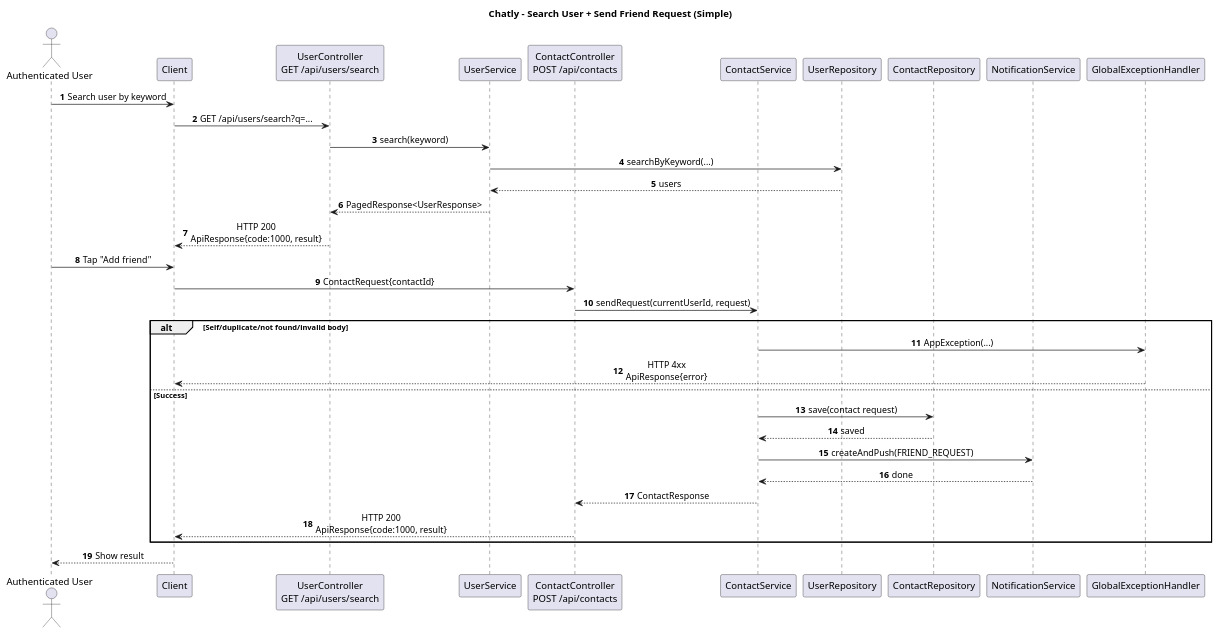
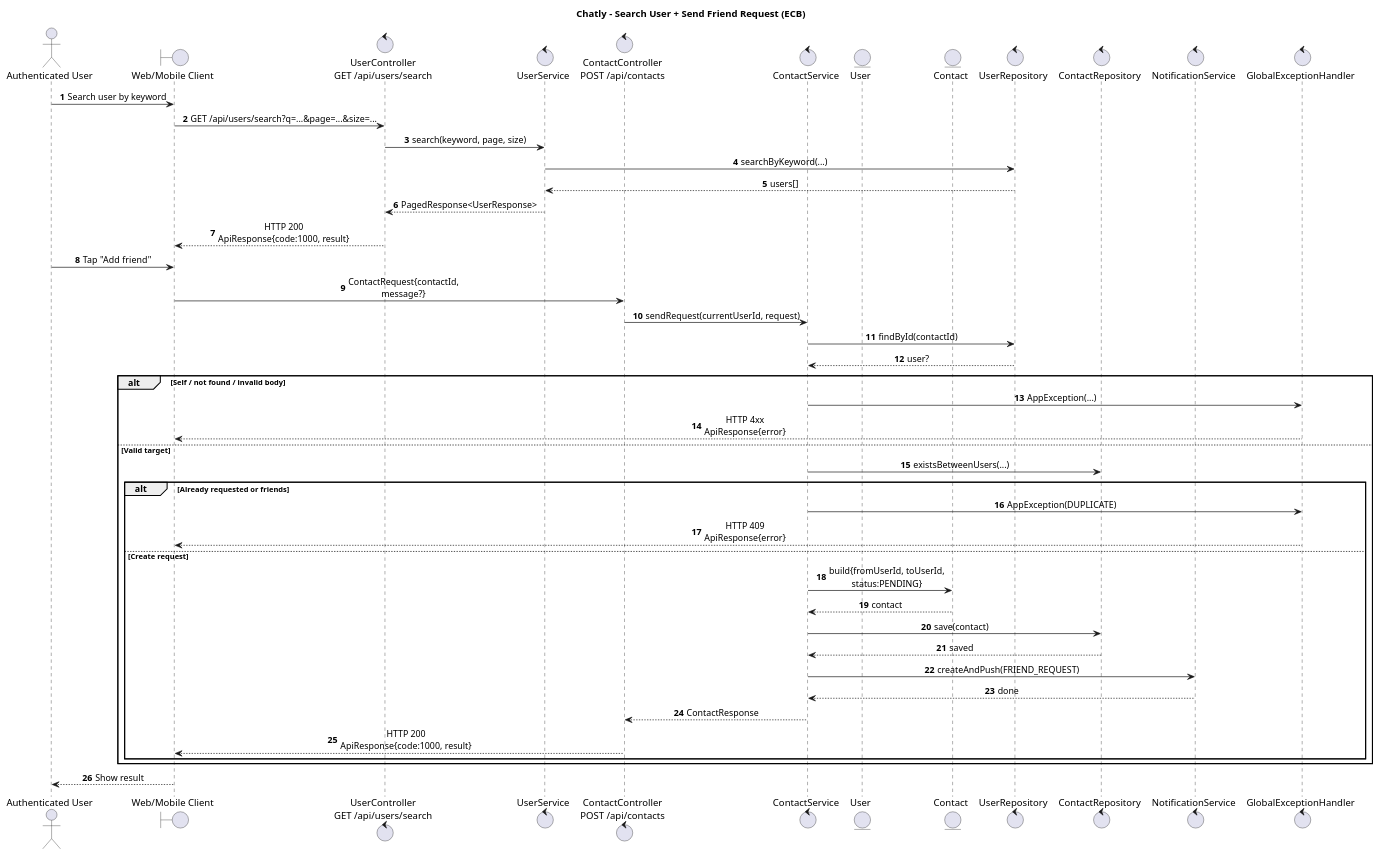
The diagram in _resources/diagram/Chatly_Sequence_Search_And_Send_Friend_Request.puml (giasinguyen/chatly-messaging-platform), drawn with PlantUML before and after one commit. The commit also changed 13 other files, not shown here.

First line of the commit message:
Refactor sequence diagrams and update story privacy handling

```diff
--- a/_resources/diagram/Chatly_Sequence_Search_And_Send_Friend_Request.puml
+++ b/_resources/diagram/Chatly_Sequence_Search_And_Send_Friend_Request.puml
@@ -1,45 +1,58 @@
 @startuml Chatly_Sequence_Search_And_Send_Friend_Request
-title Chatly - Search User + Send Friend Request (Simple)
+title Chatly - Search User + Send Friend Request (ECB)
 
 autonumber
 skinparam sequenceMessageAlign center
 skinparam responseMessageBelowArrow true
 
-actor "Authenticated User" as U
-participant "Client" as Client
-participant "UserController\nGET /api/users/search" as UserController
-participant "UserService" as UserService
-participant "ContactController\nPOST /api/contacts" as ContactController
-participant "ContactService" as ContactService
-participant "UserRepository" as UserRepo
-participant "ContactRepository" as ContactRepo
-participant "NotificationService" as NotificationService
-participant "GlobalExceptionHandler" as ExceptionHandler
+actor "Authenticated User" as User
+boundary "Web/Mobile Client" as Client
+control "UserController\nGET /api/users/search" as UserController
+control "UserService" as UserService
+control "ContactController\nPOST /api/contacts" as ContactController
+control "ContactService" as ContactService
+entity "User" as UserEntity
+entity "Contact" as ContactEntity
+control "UserRepository" as UserRepo
+control "ContactRepository" as ContactRepo
+control "NotificationService" as NotificationService
+control "GlobalExceptionHandler" as ExceptionHandler
 
-U -> Client: Search user by keyword
-Client -> UserController: GET /api/users/search?q=...
-UserController -> UserService: search(keyword)
+User -> Client: Search user by keyword
+Client -> UserController: GET /api/users/search?q=...&page=...&size=...
+UserController -> UserService: search(keyword, page, size)
 UserService -> UserRepo: searchByKeyword(...)
-UserRepo --> UserService: users
+UserRepo --> UserService: users[]
 UserService --> UserController: PagedResponse<UserResponse>
 UserController --> Client: HTTP 200\nApiResponse{code:1000, result}
 
-U -> Client: Tap "Add friend"
-Client -> ContactController: ContactRequest{contactId}
+User -> Client: Tap "Add friend"
+Client -> ContactController: ContactRequest{contactId,\nmessage?}
 ContactController -> ContactService: sendRequest(currentUserId, request)
 
-alt Self/duplicate/not found/invalid body
+ContactService -> UserRepo: findById(contactId)
+UserRepo --> ContactService: user?
+
+alt Self / not found / invalid body
   ContactService -> ExceptionHandler: AppException(...)
   ExceptionHandler --> Client: HTTP 4xx\nApiResponse{error}
-else Success
-  ContactService -> ContactRepo: save(contact request)
-  ContactRepo --> ContactService: saved
-  ContactService -> NotificationService: createAndPush(FRIEND_REQUEST)
-  NotificationService --> ContactService: done
-  ContactService --> ContactController: ContactResponse
-  ContactController --> Client: HTTP 200\nApiResponse{code:1000, result}
+else Valid target
+  ContactService -> ContactRepo: existsBetweenUsers(...)
+  alt Already requested or friends
+    ContactService -> ExceptionHandler: AppException(DUPLICATE)
+    ExceptionHandler --> Client: HTTP 409\nApiResponse{error}
+  else Create request
+    ContactService -> ContactEntity: build{fromUserId, toUserId,\nstatus:PENDING}
+    ContactEntity --> ContactService: contact
+    ContactService -> ContactRepo: save(contact)
+    ContactRepo --> ContactService: saved
+    ContactService -> NotificationService: createAndPush(FRIEND_REQUEST)
+    NotificationService --> ContactService: done
+    ContactService --> ContactController: ContactResponse
+    ContactController --> Client: HTTP 200\nApiResponse{code:1000, result}
+  end
 end
 
-Client --> U: Show result
+Client --> User: Show result
 
 @enduml
```
